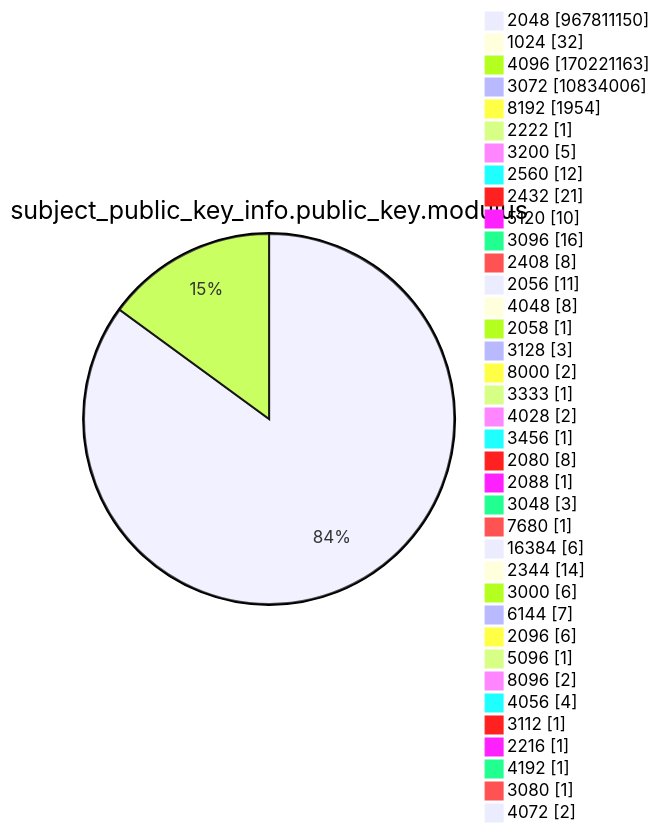
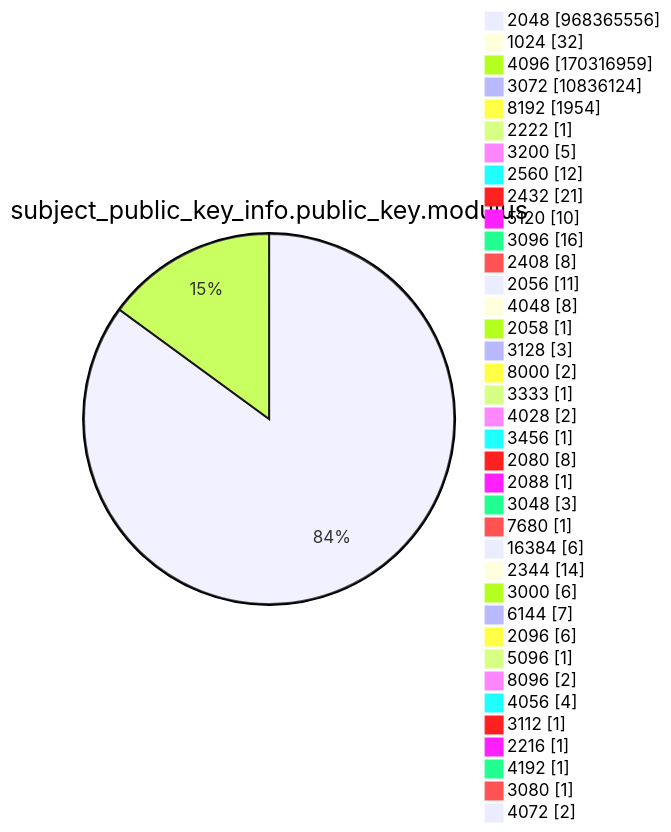
Before and after one commit to christiankrug/ctmonitor_visualization: diagram 13 of 15 in argon2022/README.md, drawn with Mermaid. The commit also changed other lines of this file, not shown here.

````diff
--- a/argon2022/README.md
+++ b/argon2022/README.md
@@ -3587,41 +3587,41 @@
 ```mermaid
 pie showData
 title subject_public_key_info.public_key.modulus
-"2048" :967811150
+"2048" :968365556
 "1024" :32
-"4096" :170221163
-"3072" :10834006
+"4096" :170316959
+"3072" :10836124
 "8192" :1954
 "2222" :1
 "3200" :5
 "2560" :12
 "2432" :21
 "5120" :10
 "3096" :16
 "2408" :8
 "2056" :11
 "4048" :8
 "2058" :1
 "3128" :3
 "8000" :2
 "3333" :1
 "4028" :2
 "3456" :1
 "2080" :8
 "2088" :1
 "3048" :3
 "7680" :1
 "16384" :6
 "2344" :14
 "3000" :6
 "6144" :7
 "2096" :6
 "5096" :1
 "8096" :2
 "4056" :4
 "3112" :1
 "2216" :1
 "4192" :1
 "3080" :1
 "4072" :2
 ```
````
